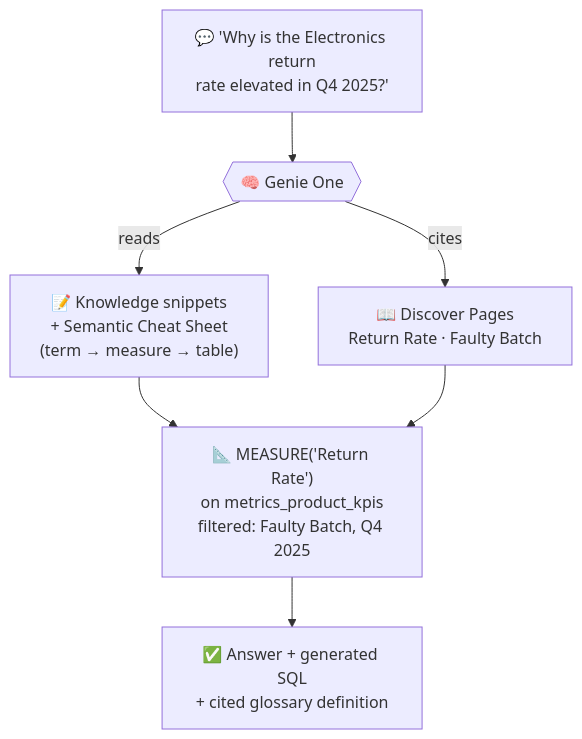
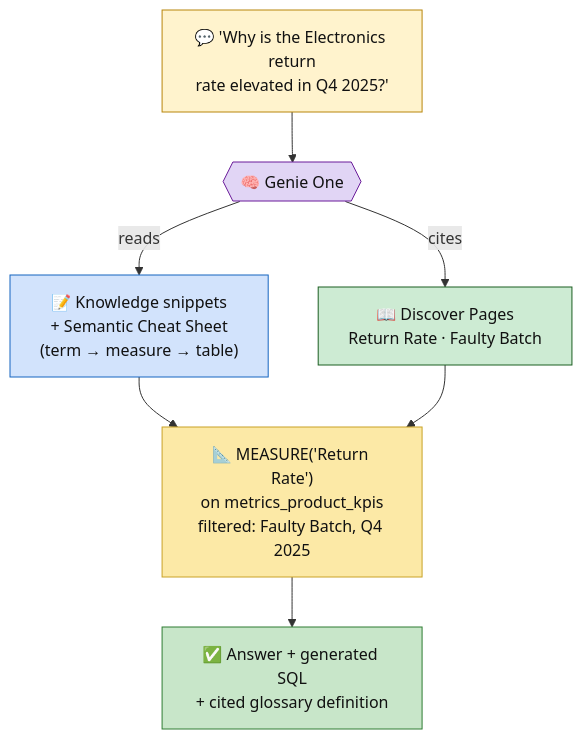
The second of 3 diagrams in README.md (gurpreetseth-db/DQ_UC_Ontology), drawn with Mermaid before and after one commit. The commit also changed other lines of this file, not shown here.

First line of the commit message:
Style README Mermaid diagrams with color for UI clarity

````diff
--- a/README.md
+++ b/README.md
@@ -53,9 +68,22 @@
 ```mermaid
 flowchart TB
     Q["💬 'Why is the Electronics return<br/>rate elevated in Q4 2025?'"] --> G{{"🧠 Genie One"}}
     G -->|reads| K["📝 Knowledge snippets<br/>+ Semantic Cheat Sheet<br/>(term → measure → table)"]
     G -->|cites| P["📖 Discover Pages<br/>Return Rate · Faulty Batch"]
     K --> M["📐 MEASURE('Return Rate')<br/>on metrics_product_kpis<br/>filtered: Faulty Batch, Q4 2025"]
     P --> M
     M --> A["✅ Answer + generated SQL<br/>+ cited glossary definition"]
+
+    classDef ask fill:#FFF3CD,stroke:#B8860B,color:#111
+    classDef genie fill:#E1D5F5,stroke:#6A1B9A,color:#111
+    classDef ctx fill:#D2E3FC,stroke:#1565C0,color:#111
+    classDef page fill:#CDEBD3,stroke:#1B5E20,color:#111
+    classDef measure fill:#FCE9A6,stroke:#C9A227,color:#111
+    classDef answer fill:#C8E6C9,stroke:#2E7D32,color:#111
+    class Q ask
+    class G genie
+    class K ctx
+    class P page
+    class M measure
+    class A answer
 ```
````
